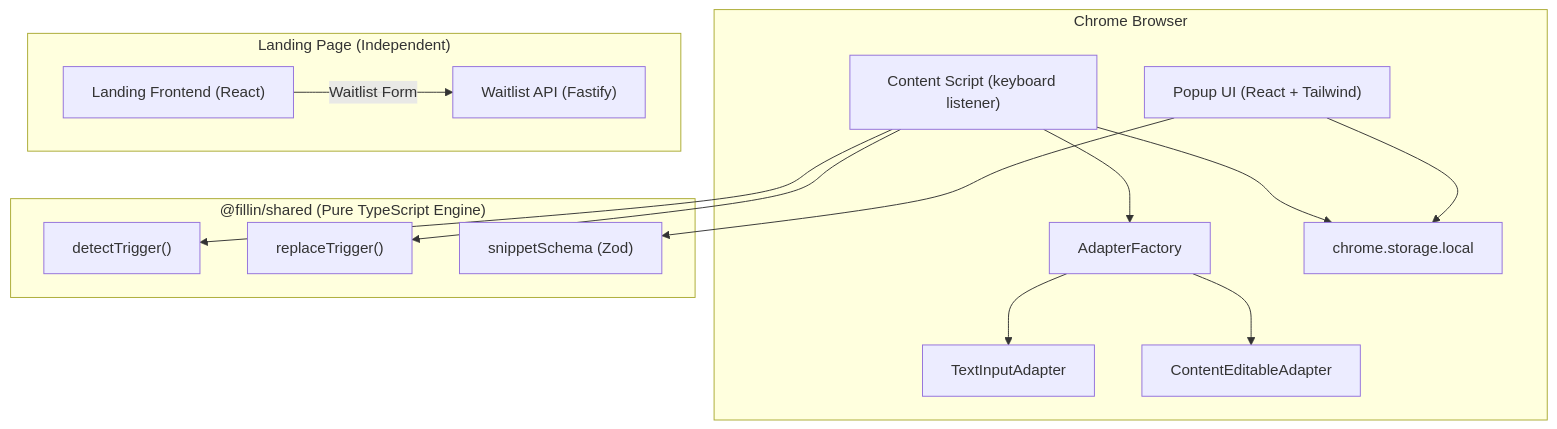
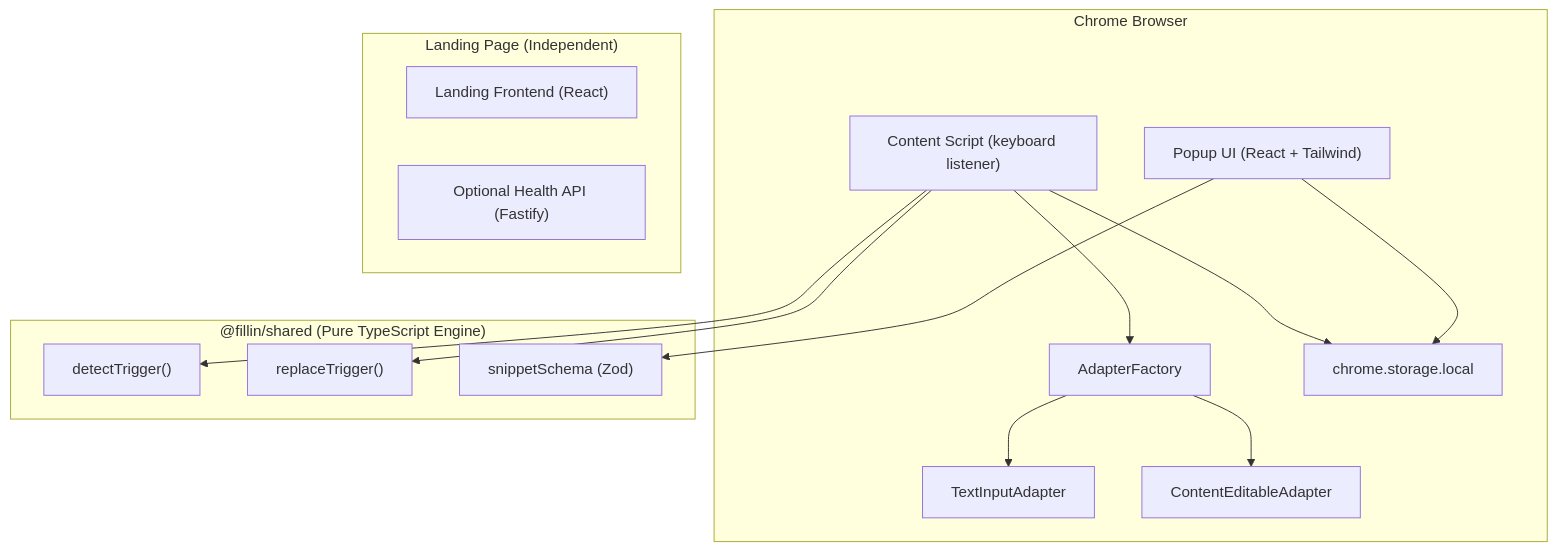
One commit to Fillin-dev/Fillin changed the diagram in README.md. Above: the diagram before and after it, drawn with Mermaid. The commit also changed other lines of this file and 33 other files, not shown here.

````diff
--- a/README.md
+++ b/README.md
@@ -72,34 +72,33 @@
 ```mermaid
 flowchart TD
     subgraph Browser ["Chrome Browser"]
         ContentScript["Content Script (keyboard listener)"]
         AdapterFactory["AdapterFactory"]
         TextInputAdapter["TextInputAdapter"]
         ContentEditableAdapter["ContentEditableAdapter"]
         PopupUI["Popup UI (React + Tailwind)"]
         ChromeStorage["chrome.storage.local"]
     end
 
     subgraph SharedPackage ["@fillin/shared (Pure TypeScript Engine)"]
         DetectEngine["detectTrigger()"]
         ReplaceEngine["replaceTrigger()"]
         SchemaValidation["snippetSchema (Zod)"]
     end
 
     subgraph LandingApp ["Landing Page (Independent)"]
         LandingFrontend["Landing Frontend (React)"]
-        LandingBackend["Waitlist API (Fastify)"]
+        LandingBackend["Optional Health API (Fastify)"]
     end
 
     ContentScript --> AdapterFactory
     AdapterFactory --> TextInputAdapter
     AdapterFactory --> ContentEditableAdapter
 
     ContentScript --> DetectEngine
     ContentScript --> ReplaceEngine
     PopupUI --> SchemaValidation
     PopupUI --> ChromeStorage
     ContentScript --> ChromeStorage
 
-    LandingFrontend -->|Waitlist Form| LandingBackend
 ```
````
